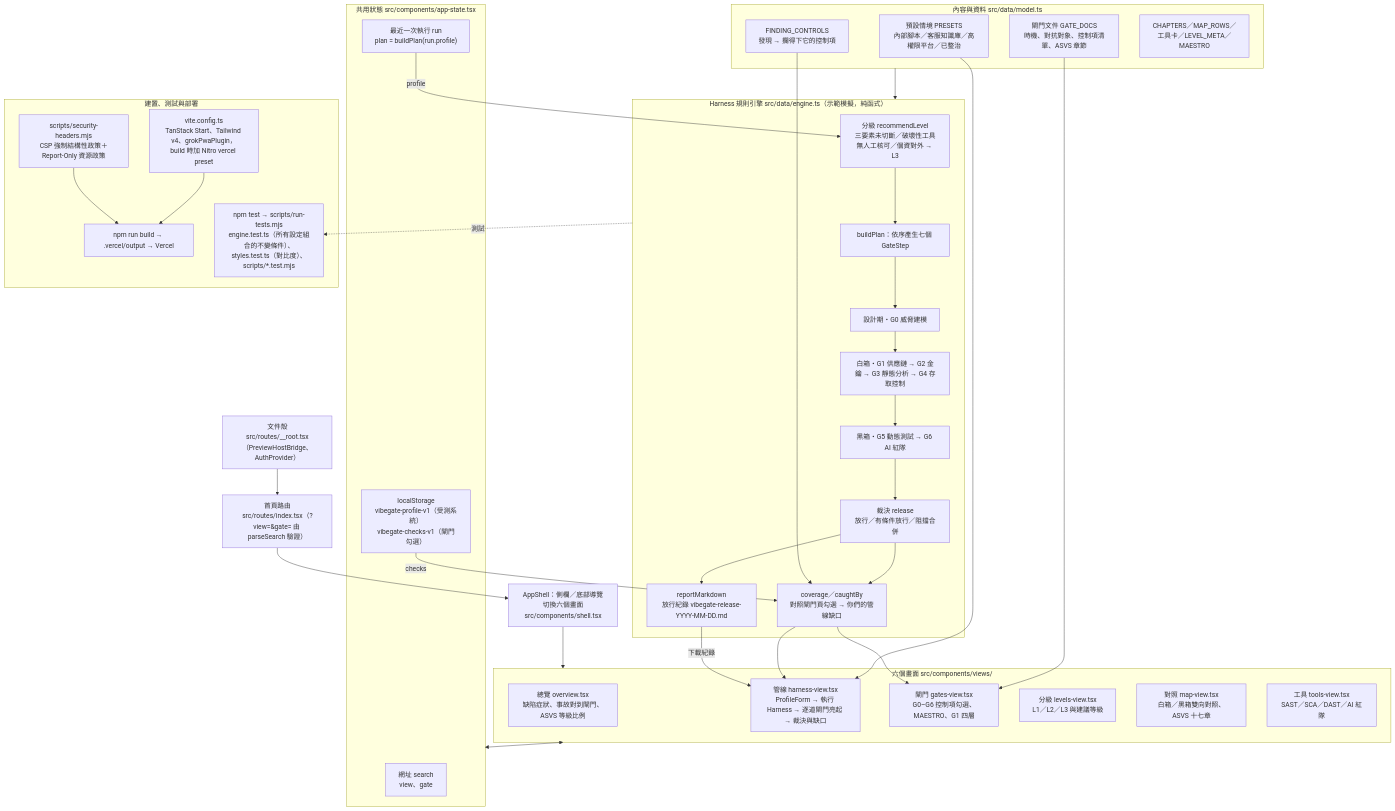
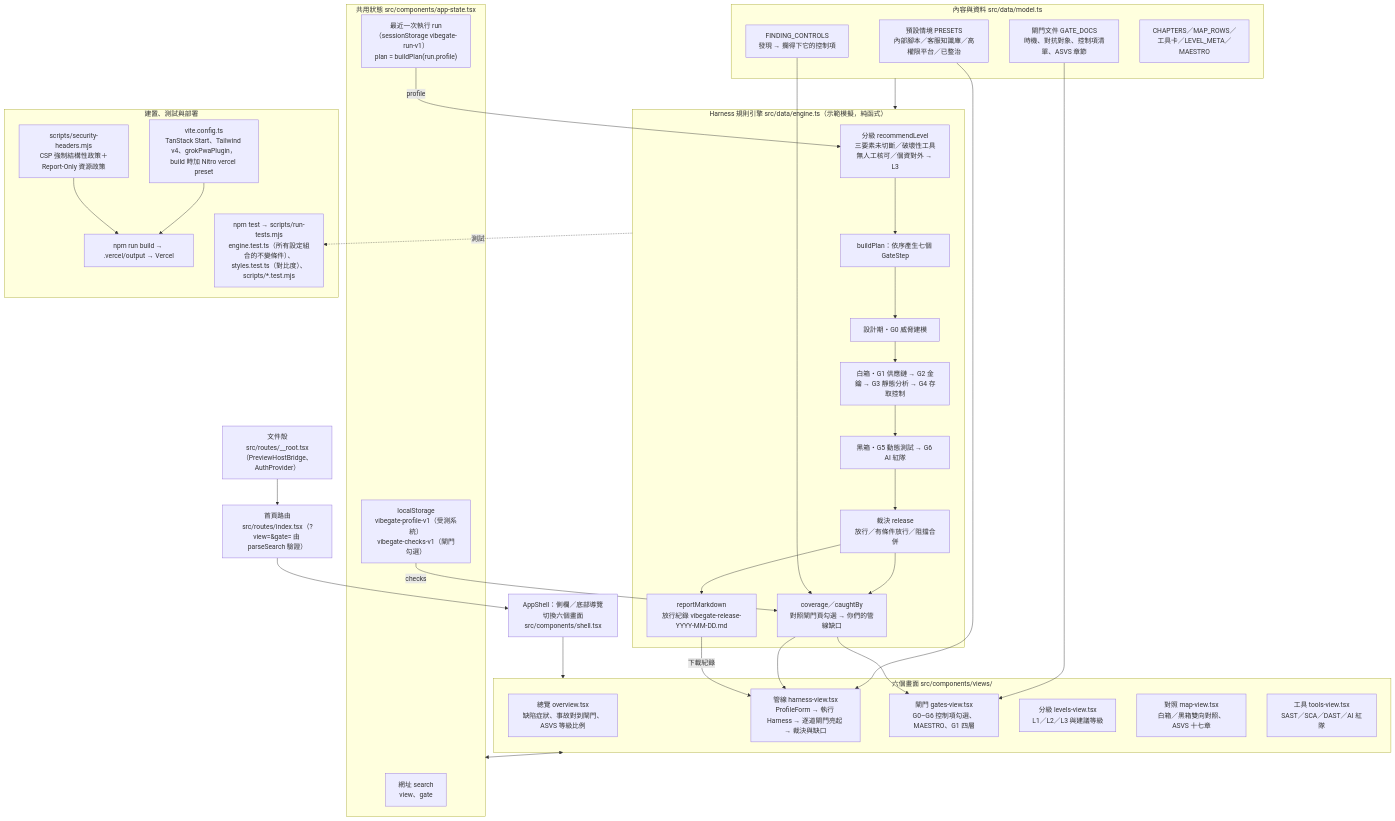
Before and after one commit to chinchiang/G0withSixGates: the diagram in README.md, drawn with Mermaid. The commit also changed other lines of this file and 9 other files, not shown here.

````diff
--- a/README.md
+++ b/README.md
@@ -11,65 +11,65 @@
 ```mermaid
 flowchart TD
     ROOT["文件殼<br/>src/routes/__root.tsx（PreviewHostBridge、AuthProvider）"] --> IDX["首頁路由<br/>src/routes/index.tsx（?view=&amp;gate= 由 parseSearch 驗證）"]
     IDX --> SHELL["AppShell：側欄／底部導覽切換六個畫面<br/>src/components/shell.tsx"]
 
     subgraph STATE ["共用狀態 src/components/app-state.tsx"]
         URL["網址 search<br/>view、gate"]
         LS["localStorage<br/>vibegate-profile-v1（受測系統）<br/>vibegate-checks-v1（閘門勾選）"]
-        RUN["最近一次執行 run<br/>plan = buildPlan(run.profile)"]
+        RUN["最近一次執行 run（sessionStorage vibegate-run-v1）<br/>plan = buildPlan(run.profile)"]
     end
 
     subgraph VIEWS ["六個畫面 src/components/views/"]
         OV["總覽 overview.tsx<br/>缺陷症狀、事故對到閘門、ASVS 等級比例"]
         HV["管線 harness-view.tsx<br/>ProfileForm → 執行 Harness → 逐道閘門亮起 → 裁決與缺口"]
         GV["閘門 gates-view.tsx<br/>G0–G6 控制項勾選、MAESTRO、G1 四層"]
         LV["分級 levels-view.tsx<br/>L1／L2／L3 與建議等級"]
         MV["對照 map-view.tsx<br/>白箱／黑箱雙向對照、ASVS 十七章"]
         TV["工具 tools-view.tsx<br/>SAST／SCA／DAST／AI 紅隊"]
     end
 
     SHELL --> VIEWS
     VIEWS <--> STATE
 
     subgraph MODEL ["內容與資料 src/data/model.ts"]
         PRESET["預設情境 PRESETS<br/>內部腳本／客服知識庫／高權限平台／已整治"]
         DOCS["閘門文件 GATE_DOCS<br/>時機、對抗對象、控制項清單、ASVS 章節"]
         FC["FINDING_CONTROLS<br/>發現 → 攔得下它的控制項"]
         REF["CHAPTERS／MAP_ROWS／工具卡／LEVEL_META／MAESTRO"]
     end
 
     subgraph ENGINE ["Harness 規則引擎 src/data/engine.ts（示範模擬，純函式）"]
         LVL["分級 recommendLevel<br/>三要素未切斷／破壞性工具無人工核可／個資對外 → L3"]
         PLAN["buildPlan：依序產生七個 GateStep"]
         G0["設計期・G0 威脅建模"]
         WB["白箱・G1 供應鏈 → G2 金鑰 → G3 靜態分析 → G4 存取控制"]
         BB["黑箱・G5 動態測試 → G6 AI 紅隊"]
         VERDICT["裁決 release<br/>放行／有條件放行／阻擋合併"]
         COV["coverage／caughtBy<br/>對照閘門頁勾選 → 你們的管線缺口"]
         REPORT["reportMarkdown<br/>放行紀錄 vibegate-release-YYYY-MM-DD.md"]
         LVL --> PLAN --> G0 --> WB --> BB --> VERDICT
         VERDICT --> COV
         VERDICT --> REPORT
     end
 
     PRESET --> HV
     DOCS --> GV
     MODEL --> ENGINE
     RUN -- "profile" --> LVL
     LS -- "checks" --> COV
     FC --> COV
     COV --> HV
     COV --> GV
     REPORT -- "下載紀錄" --> HV
 
     subgraph BUILD ["建置、測試與部署"]
         VITE["vite.config.ts<br/>TanStack Start、Tailwind v4、grokPwaPlugin，<br/>build 時加 Nitro vercel preset"]
         HDR["scripts/security-headers.mjs<br/>CSP 強制結構性政策＋Report-Only 資源政策"]
         OUT["npm run build → .vercel/output → Vercel"]
         TEST["npm test → scripts/run-tests.mjs<br/>engine.test.ts（所有設定組合的不變條件）、styles.test.ts（對比度）、scripts/*.test.mjs"]
         VITE --> OUT
         HDR --> OUT
     end
 
     ENGINE -. 測試 .-> TEST
 ```
````
